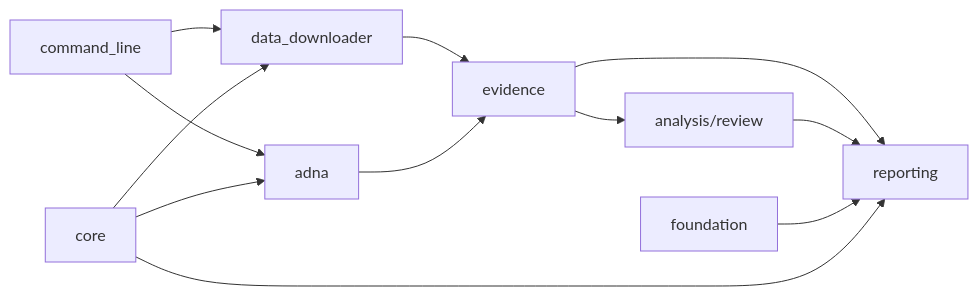
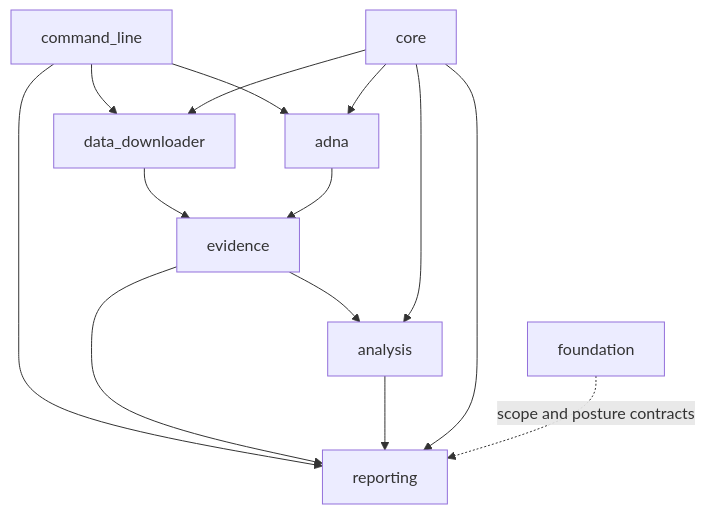
The first of 2 diagrams in docs/public/pollenomics/architecture/module-map.md (bijux/bijux-pollenomics), drawn with Mermaid before and after one commit. The commit also changed other lines of this file and 2 other files, not shown here.

Commit message:
docs(architecture): trace evidence ownership through runtime

````diff
--- a/docs/public/pollenomics/architecture/module-map.md
+++ b/docs/public/pollenomics/architecture/module-map.md
@@ -31,14 +45,16 @@
 ```mermaid
-flowchart LR
-    CLI[command_line] --> Collect[data_downloader]
-    CLI --> Animal[adna]
-    Collect --> Evidence[evidence]
+flowchart TB
+    Command["command_line"] --> Collection["data_downloader"]
+    Command --> Animal["adna"]
+    Command --> Publication["reporting"]
+    Collection --> Evidence["evidence"]
     Animal --> Evidence
-    Evidence --> Analysis[analysis/review]
-    Evidence --> Reporting[reporting]
-    Analysis --> Reporting
-    Foundation[foundation] --> Reporting
-    Core[core] --> Collect
+    Evidence --> Analysis["analysis"]
+    Evidence --> Publication
+    Analysis --> Publication
+    Core["core"] --> Collection
     Core --> Animal
-    Core --> Reporting
+    Core --> Analysis
+    Core --> Publication
+    Foundation["foundation"] -. "scope and posture contracts" .-> Publication
 ```
````
